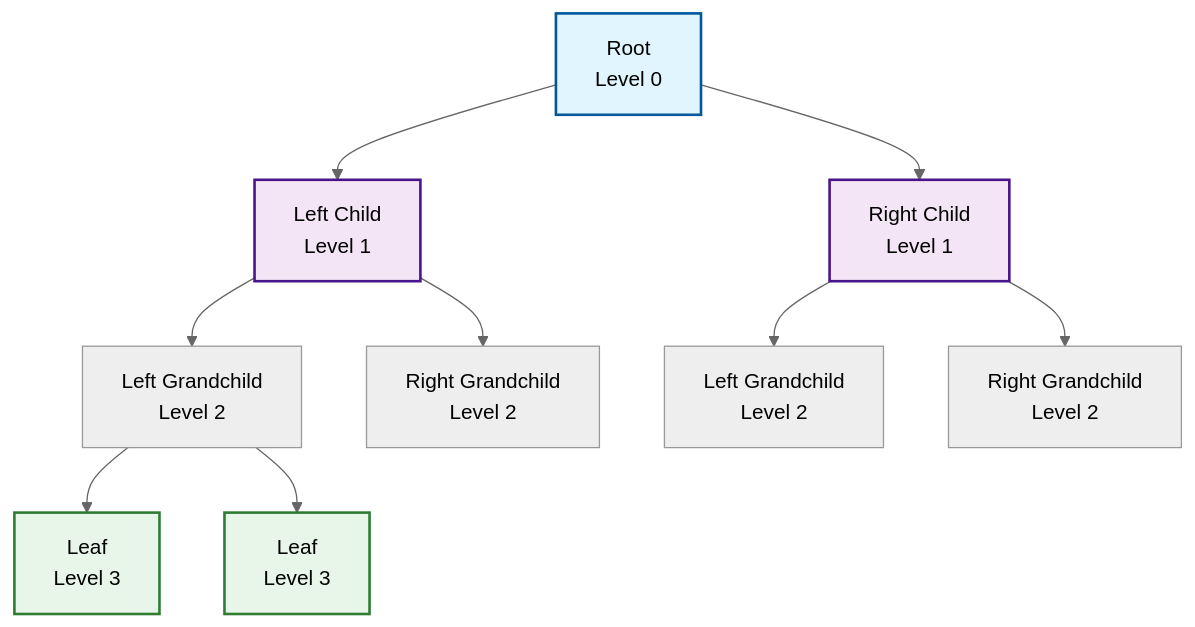
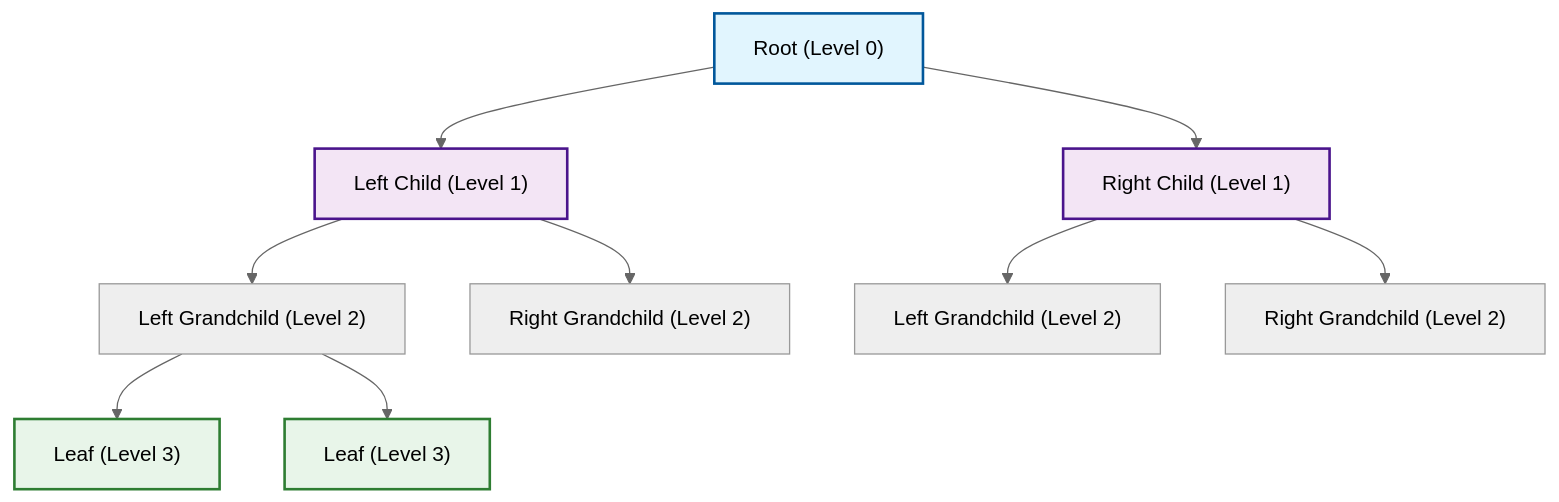
Before and after one commit to imyash0722/SEM3-DSA-UE25CS52A-STUDY-MATERIAL: the first of 2 diagrams in site/docs/unit3/theory/unit3_01_trees_binary_trees.md, drawn with Mermaid (neutral theme). The commit also changed 113 other files, not shown here.

Commit message:
Fix Mermaid diagram syntax, dark mode readability, algorithmic visualizations, and update site build

````diff
--- a/site/docs/unit3/theory/unit3_01_trees_binary_trees.md
+++ b/site/docs/unit3/theory/unit3_01_trees_binary_trees.md
@@ -30,17 +30,17 @@
 ```mermaid
 graph TD
-    A[Root<br/>Level 0] --> B[Left Child<br/>Level 1]
-    A --> C[Right Child<br/>Level 1]
-    B --> D[Left Grandchild<br/>Level 2]
-    B --> E[Right Grandchild<br/>Level 2]
-    C --> F[Left Grandchild<br/>Level 2]
-    C --> G[Right Grandchild<br/>Level 2]
-    D --> H[Leaf<br/>Level 3]
-    D --> I[Leaf<br/>Level 3]
+    A["Root (Level 0)"] --> B["Left Child (Level 1)"]
+    A --> C["Right Child (Level 1)"]
+    B --> D["Left Grandchild (Level 2)"]
+    B --> E["Right Grandchild (Level 2)"]
+    C --> F["Left Grandchild (Level 2)"]
+    C --> G["Right Grandchild (Level 2)"]
+    D --> H["Leaf (Level 3)"]
+    D --> I["Leaf (Level 3)"]
     
     style A fill:#e1f5fe,stroke:#01579b,stroke-width:2px
     style B fill:#f3e5f5,stroke:#4a148c,stroke-width:2px
     style C fill:#f3e5f5,stroke:#4a148c,stroke-width:2px
     style H fill:#e8f5e9,stroke:#2e7d32,stroke-width:2px
     style I fill:#e8f5e9,stroke:#2e7d32,stroke-width:2px
 ```
````
